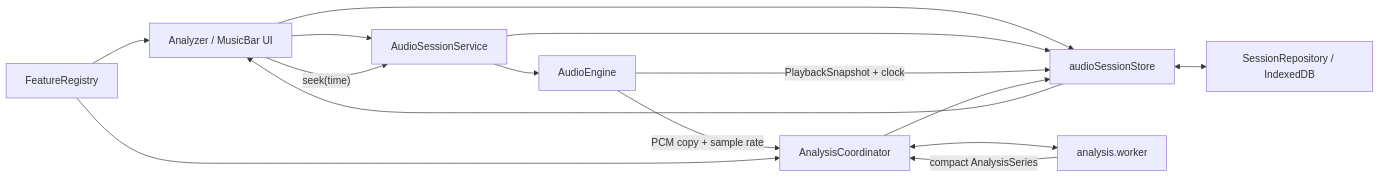
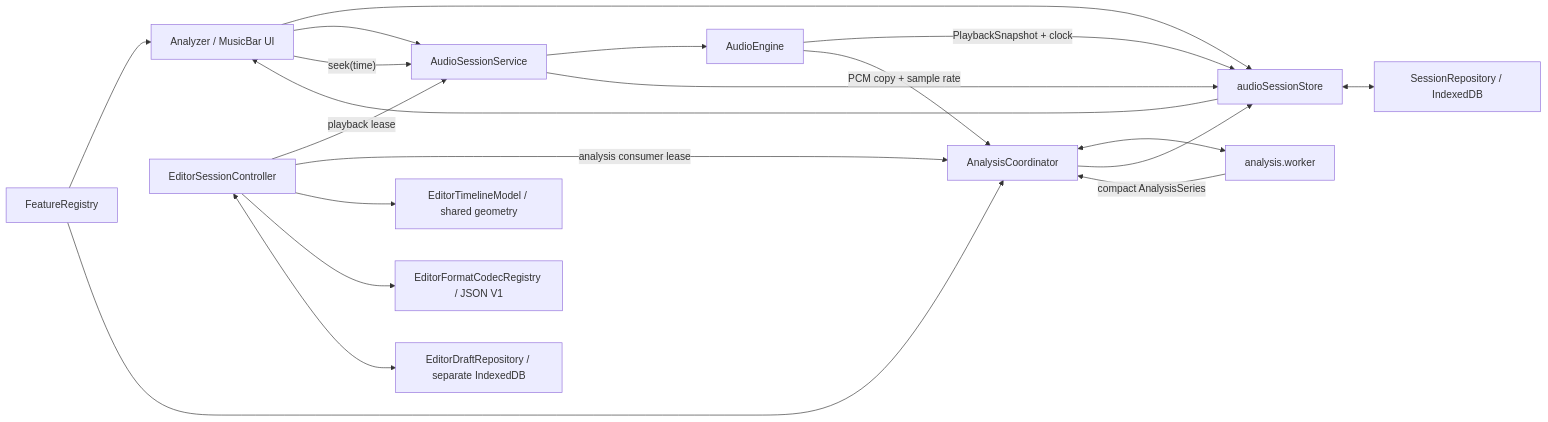
One commit to OoffofononeoZ/AudioNotSurfYet changed the diagram in docs/architecture/system-design.md. Above: the diagram before and after it, drawn with Mermaid. The commit also changed other lines of this file and 17 other files, not shown here.

Commit message:
docs: design Editor E0 architecture

````diff
--- a/docs/architecture/system-design.md
+++ b/docs/architecture/system-design.md
@@ -67,17 +75,22 @@
 ```mermaid
 flowchart LR
     UI["Analyzer / MusicBar UI"] --> Store["audioSessionStore"]
     UI --> Session["AudioSessionService"]
+    Editor["EditorSessionController"] -->|"playback lease"| Session
+    Editor -->|"analysis consumer lease"| Coordinator
+    Editor --> Geometry["EditorTimelineModel / shared geometry"]
+    Editor --> Codec["EditorFormatCodecRegistry / JSON V1"]
+    Editor <--> Draft["EditorDraftRepository / separate IndexedDB"]
     Session --> Engine["AudioEngine"]
     Session --> Store
     Store <--> Repo["SessionRepository / IndexedDB"]
     Engine -->|"PlaybackSnapshot + clock"| Store
     Engine -->|"PCM copy + sample rate"| Coordinator["AnalysisCoordinator"]
     Coordinator <--> Worker["analysis.worker"]
     Registry["FeatureRegistry"] --> UI
     Registry --> Coordinator
     Worker -->|"compact AnalysisSeries"| Coordinator
     Coordinator --> Store
     Store --> UI
     UI -->|"seek(time)"| Session
 ```
````
